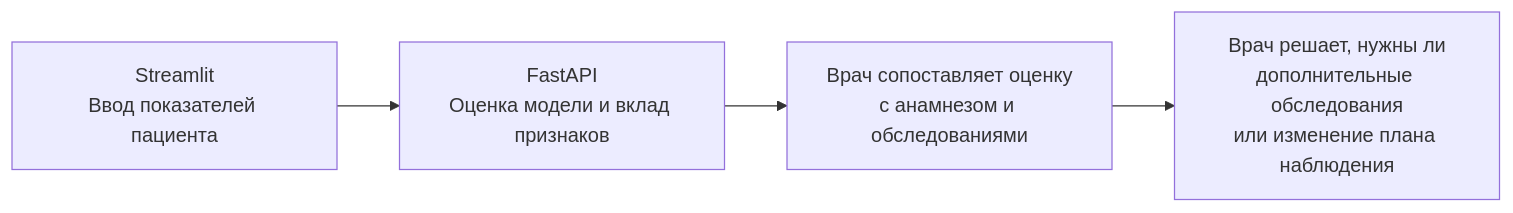
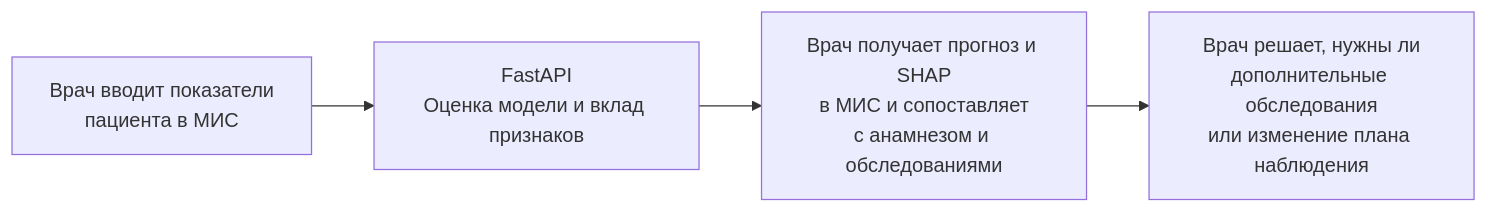
One commit to horacemtb/cirrhosis-outcome-service changed the diagram in Model_BPMN.md. Above: the diagram before and after it, drawn with Mermaid. The commit also changed other lines of this file and 4 other files, not shown here.

````diff
--- a/Model_BPMN.md
+++ b/Model_BPMN.md
@@ -18,8 +18,8 @@
 ```mermaid
 flowchart LR
-    A["Streamlit<br/>Ввод показателей пациента"]
+    A["Врач вводит показатели<br/>пациента в МИС"]
     B["FastAPI<br/>Оценка модели и вклад признаков"]
-    C["Врач сопоставляет оценку<br/>с анамнезом и обследованиями"]
+    C["Врач получает прогноз и SHAP<br/>в МИС и сопоставляет<br/>с анамнезом и обследованиями"]
     D["Врач решает, нужны ли<br/>дополнительные обследования<br/>или изменение плана наблюдения"]
     A --> B --> C --> D
 ```
````
